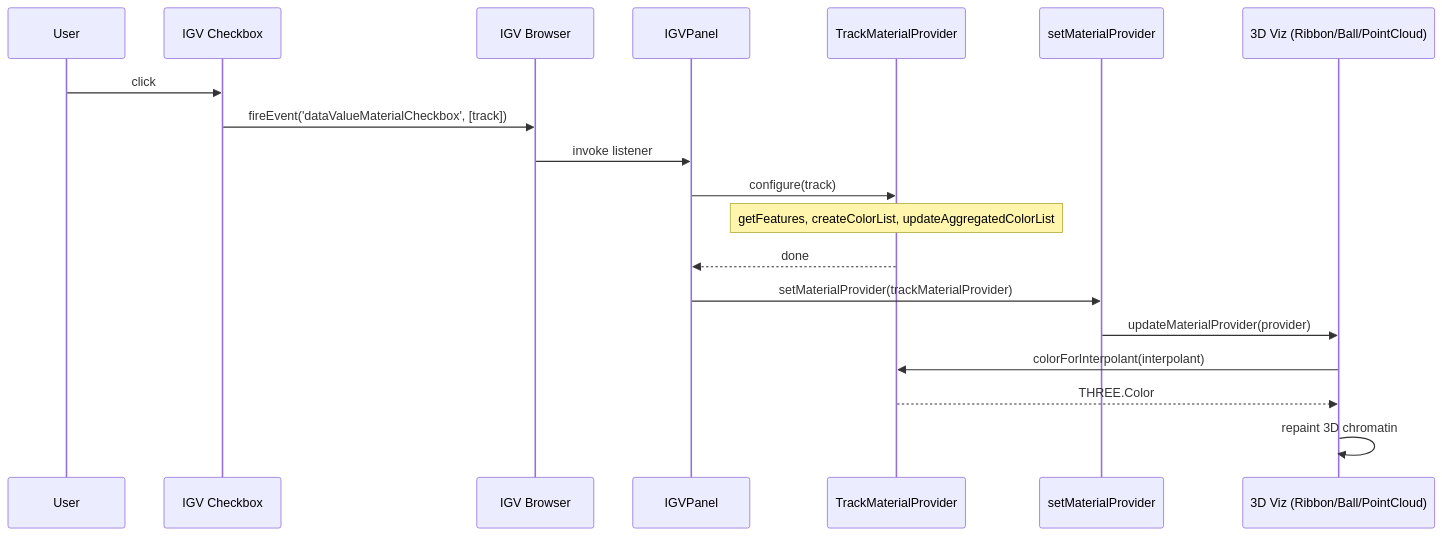
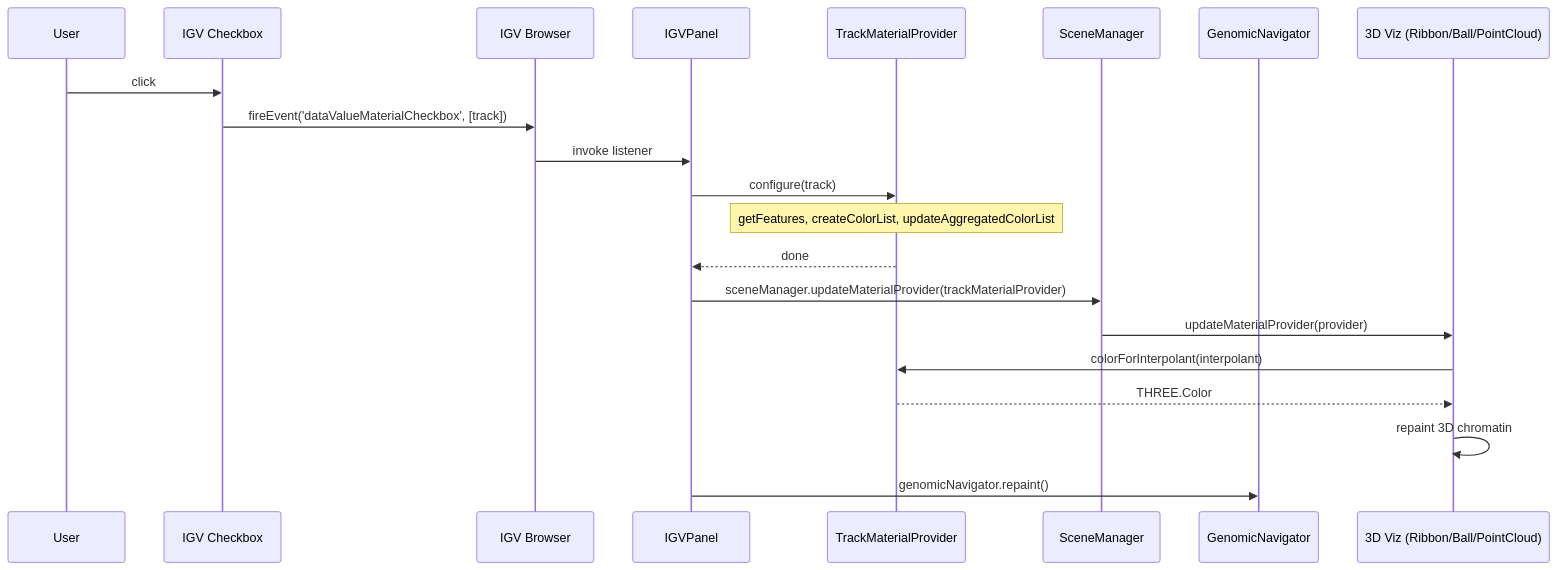
The second of 2 diagrams in development-notes/architecture-track-material-provider-checkbox.md (aidenlab/spacewalk), drawn with Mermaid before and after one commit. The commit also changed other lines of this file and 6 other files, not shown here.

First line of the commit message:
docs: post Phase 3 architecture diagram pass

````diff
--- a/development-notes/architecture-track-material-provider-checkbox.md
+++ b/development-notes/architecture-track-material-provider-checkbox.md
@@ -43,22 +47,24 @@
 ```mermaid
 sequenceDiagram
     participant User
     participant Checkbox as IGV Checkbox
     participant Browser as IGV Browser
     participant IGVPanel as IGVPanel
     participant TMP as TrackMaterialProvider
-    participant SetMP as setMaterialProvider
+    participant SM as SceneManager
+    participant GN as GenomicNavigator
     participant Viz as 3D Viz (Ribbon/Ball/PointCloud)
 
     User->>Checkbox: click
     Checkbox->>Browser: fireEvent('dataValueMaterialCheckbox', [track])
     Browser->>IGVPanel: invoke listener
     IGVPanel->>TMP: configure(track)
     Note over TMP: getFeatures, createColorList, updateAggregatedColorList
     TMP-->>IGVPanel: done
-    IGVPanel->>SetMP: setMaterialProvider(trackMaterialProvider)
-    SetMP->>Viz: updateMaterialProvider(provider)
+    IGVPanel->>SM: sceneManager.updateMaterialProvider(trackMaterialProvider)
+    SM->>Viz: updateMaterialProvider(provider)
     Viz->>TMP: colorForInterpolant(interpolant)
     TMP-->>Viz: THREE.Color
     Viz->>Viz: repaint 3D chromatin
+    IGVPanel->>GN: genomicNavigator.repaint()
 ```
````
